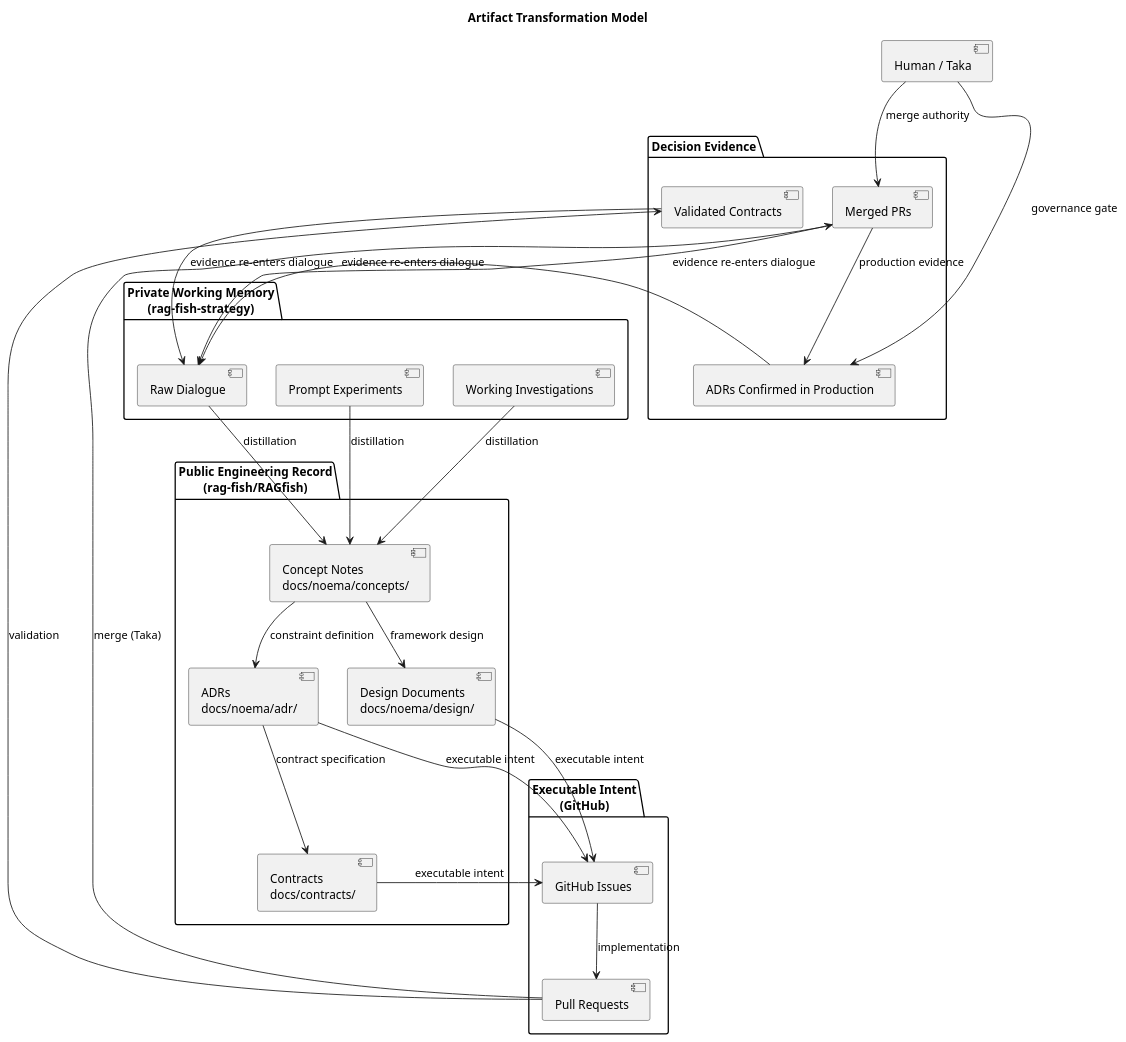
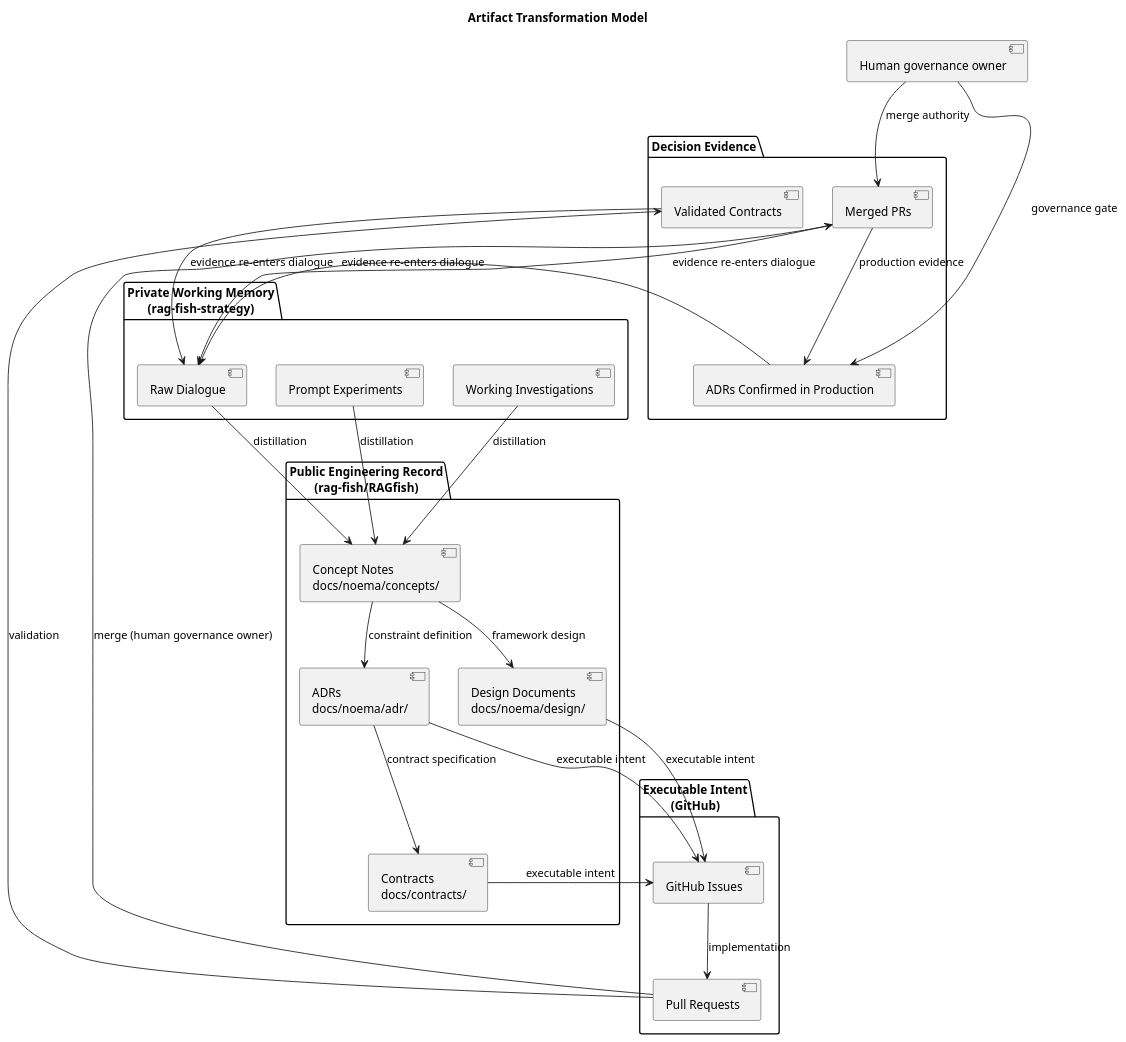
The second of 3 diagrams in docs/noema/design/DESIGN-dialogue-engineering-framework-v0.md (rag-fish/RAGfish), drawn with PlantUML before and after one commit. The commit also changed other lines of this file and 19 other files, not shown here.

````diff
--- a/docs/noema/design/DESIGN-dialogue-engineering-framework-v0.md
+++ b/docs/noema/design/DESIGN-dialogue-engineering-framework-v0.md
@@ -187,56 +187,56 @@
 ```plantuml
 @startuml
 title Artifact Transformation Model
 
 package "Private Working Memory\n(rag-fish-strategy)" {
   [Raw Dialogue] as RD
   [Prompt Experiments] as PE
   [Working Investigations] as WI
 }
 
 package "Public Engineering Record\n(rag-fish/RAGfish)" {
   [Concept Notes\ndocs/noema/concepts/] as CN
   [ADRs\ndocs/noema/adr/] as ADR
   [Design Documents\ndocs/noema/design/] as DD
   [Contracts\ndocs/contracts/] as CO
 }
 
 package "Executable Intent\n(GitHub)" {
   [GitHub Issues] as GI
   [Pull Requests] as PR
 }
 
 package "Decision Evidence" {
   [Merged PRs] as MP
   [Validated Contracts] as VC
   [ADRs Confirmed in Production] as ACP
 }
 
-[Human / Taka] as HT
+[Human governance owner] as HT
 
 RD --> CN : distillation
 PE --> CN : distillation
 WI --> CN : distillation
 
 CN --> ADR : constraint definition
 CN --> DD : framework design
 ADR --> CO : contract specification
 
 DD --> GI : executable intent
 CO --> GI : executable intent
 ADR --> GI : executable intent
 
 GI --> PR : implementation
-PR --> MP : merge (Taka)
+PR --> MP : merge (human governance owner)
 PR --> VC : validation
 MP --> ACP : production evidence
 
 MP --> RD : evidence re-enters dialogue
 VC --> RD : evidence re-enters dialogue
 ACP --> RD : evidence re-enters dialogue
 
 HT --> MP : merge authority
 HT --> ACP : governance gate
 
 @enduml
 ```
````
